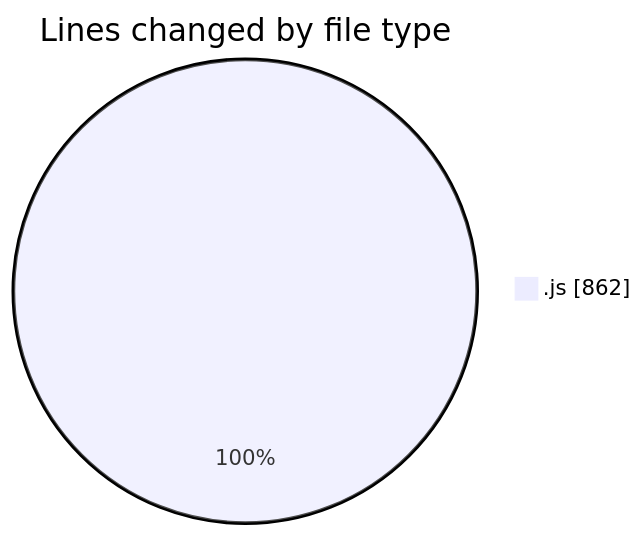
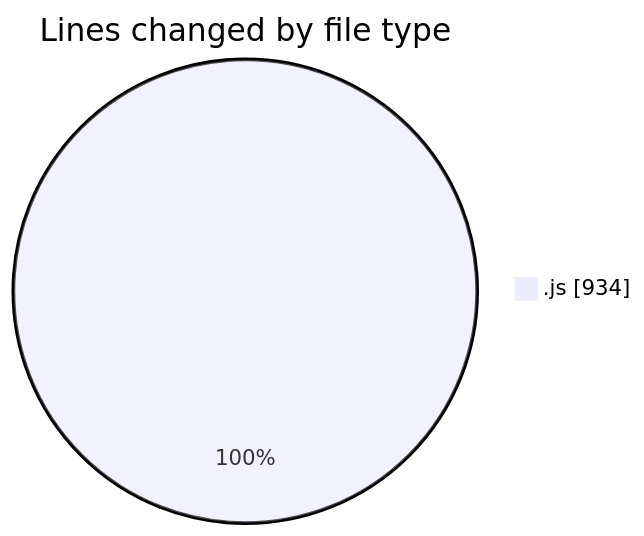
Before and after one commit to nxtqubesakshisongat/code-tracking: the first of 2 diagrams in 2025-07-29/nxtqube_webapp/README.md, drawn with Mermaid. The commit also changed other lines of this file and 1 other file, not shown here.

````diff
--- a/2025-07-29/nxtqube_webapp/README.md
+++ b/2025-07-29/nxtqube_webapp/README.md
@@ -22,5 +22,5 @@
 ```mermaid
 pie showData
 title Lines changed by file type
-".js" : 862
+".js" : 934
 ```
````
